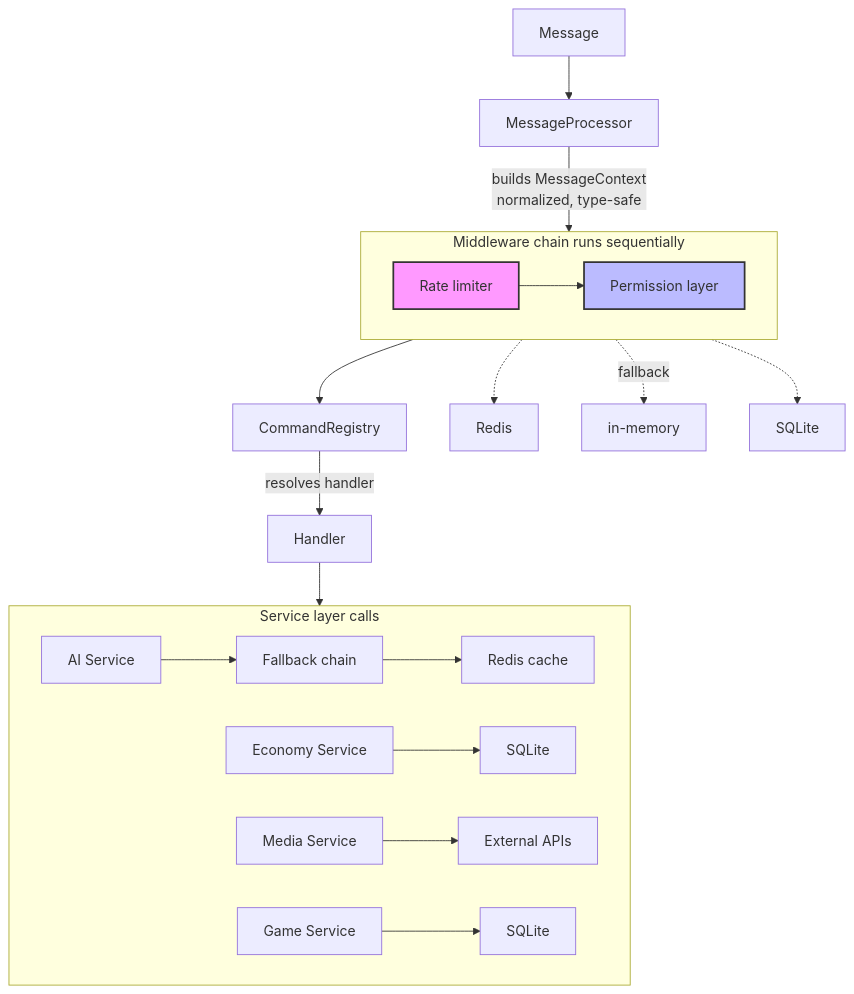
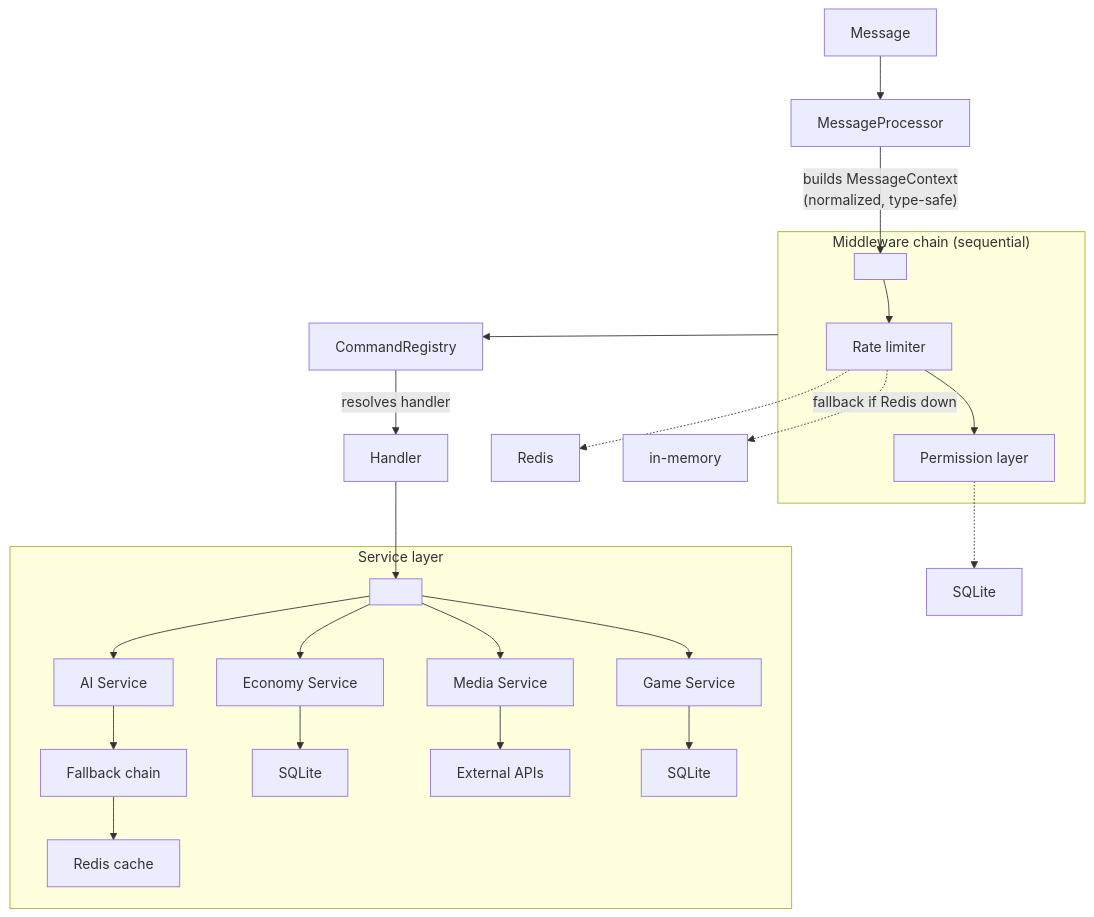
One commit to CARLOSGRCIAGRCIA/VaniaBot changed the fourth of 4 diagrams in README.md. Above: the diagram before and after it, drawn with Mermaid.

````diff
--- a/README.md
+++ b/README.md
@@ -114,29 +114,31 @@
 ```mermaid
 flowchart TD
-    Message[Message] --> Processor[MessageProcessor]
-    Processor --> |builds MessageContext<br/>normalized, type-safe| Middleware[Middleware chain]
+    Message["Message"] --> MessageProcessor["MessageProcessor"]
+    MessageProcessor --> |"builds MessageContext<br/>(normalized, type-safe)"| MiddlewareStart
 
-    subgraph Middleware [Middleware chain runs sequentially]
-        direction LR
-        RateLimiter[Rate limiter] --> Permission[Permission layer]
+    subgraph MiddlewareChain ["Middleware chain (sequential)"]
+        MiddlewareStart[" "] --> RateLimiter["Rate limiter"]
+        RateLimiter --> Permission["Permission layer"]
     end
 
-    Middleware --> CommandRegistry[CommandRegistry]
-    CommandRegistry --> |resolves handler| Handler[Handler]
+    RateLimiter -.-> Redis["Redis"]
+    RateLimiter -.-> |"fallback if Redis down"| InMemory["in-memory"]
+    Permission -.-> SQLite1["SQLite"]
 
-    Handler --> ServiceLayer[Service layer]
+    MiddlewareChain --> CommandRegistry["CommandRegistry"]
+    CommandRegistry --> |"resolves handler"| Handler["Handler"]
 
-    subgraph ServiceLayer [Service layer calls]
-        AI[AI Service] --> AIFallback[Fallback chain] --> RedisCache[Redis cache]
-        Economy[Economy Service] --> SQLite1[SQLite]
-        Media[Media Service] --> External[External APIs]
-        Game[Game Service] --> SQLite2[SQLite]
+    Handler --> ServiceLayerStart
+
+    subgraph Services ["Service layer"]
+        ServiceLayerStart[" "] --> AI["AI Service"]
+        ServiceLayerStart --> Economy["Economy Service"]
+        ServiceLayerStart --> Media["Media Service"]
+        ServiceLayerStart --> Game["Game Service"]
+
+        AI --> Fallback["Fallback chain"] --> RedisCache["Redis cache"]
+        Economy --> SQLite2["SQLite"]
+        Media --> External["External APIs"]
+        Game --> SQLite3["SQLite"]
     end
-
-    RateLimiter -.-> Redis[Redis]
-    RateLimiter -.-> |fallback| Memory[in-memory]
-    Permission -.-> SQLiteDB[SQLite]
-
-    style RateLimiter fill:#f9f,stroke:#333,stroke-width:2px
-    style Permission fill:#bbf,stroke:#333,stroke-width:2px
 ```
````
